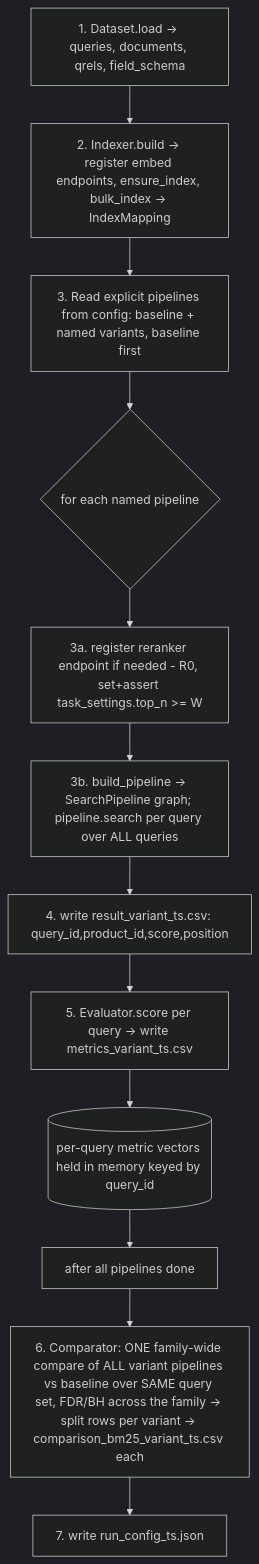
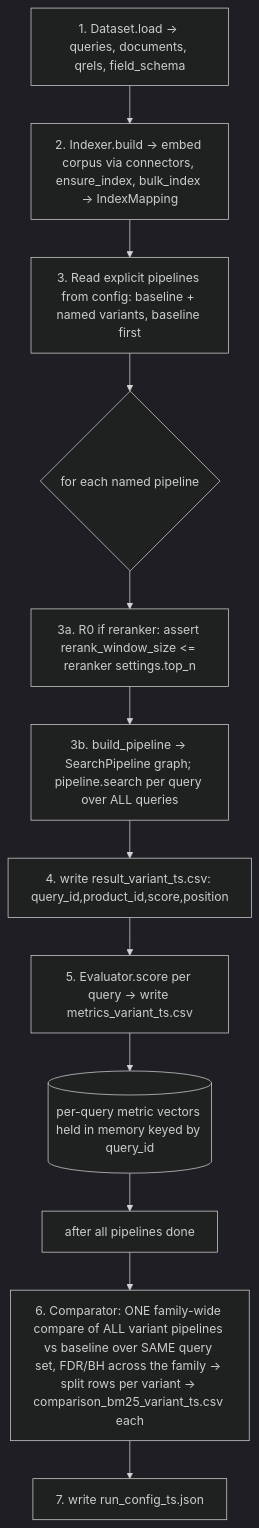
Before and after one commit to TensorOpt/search-rag-evaluation: the fourth of 4 diagrams in docs/experiment.md, drawn with Mermaid (dark theme). The commit also changed other lines of this file and 23 other files, not shown here.

````diff
--- a/docs/experiment.md
+++ b/docs/experiment.md
@@ -587,14 +576,14 @@
 ```mermaid
 flowchart TD
-  A[1. Dataset.load -> queries, documents, qrels, field_schema] --> B[2. Indexer.build -> register embed endpoints, ensure_index, bulk_index -> IndexMapping]
+  A[1. Dataset.load -> queries, documents, qrels, field_schema] --> B[2. Indexer.build -> embed corpus via connectors, ensure_index, bulk_index -> IndexMapping]
   B --> C[3. Read explicit pipelines from config: baseline + named variants, baseline first]
   C --> D{for each named pipeline}
-  D --> E[3a. register reranker endpoint if needed - R0, set+assert task_settings.top_n >= W]
+  D --> E[3a. R0 if reranker: assert rerank_window_size <= reranker settings.top_n]
   E --> F[3b. build_pipeline -> SearchPipeline graph; pipeline.search per query over ALL queries]
   F --> G[4. write result_variant_ts.csv: query_id,product_id,score,position]
   G --> H[5. Evaluator.score per query -> write metrics_variant_ts.csv]
   H --> I[(per-query metric vectors held in memory keyed by query_id)]
   I --> J[after all pipelines done]
   J --> K[6. Comparator: ONE family-wide compare of ALL variant pipelines vs baseline over SAME query set, FDR/BH across the family -> split rows per variant -> comparison_bm25_variant_ts.csv each]
   K --> L[7. write run_config_ts.json]
 ```
````
